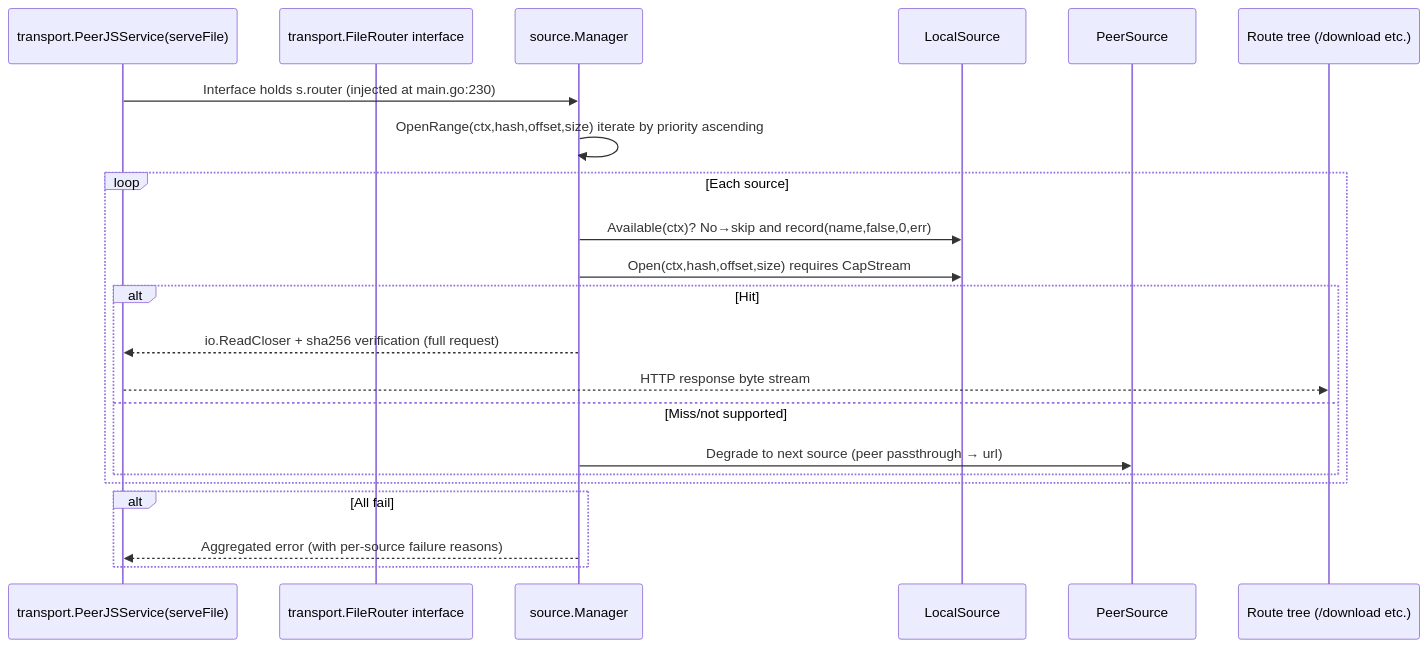
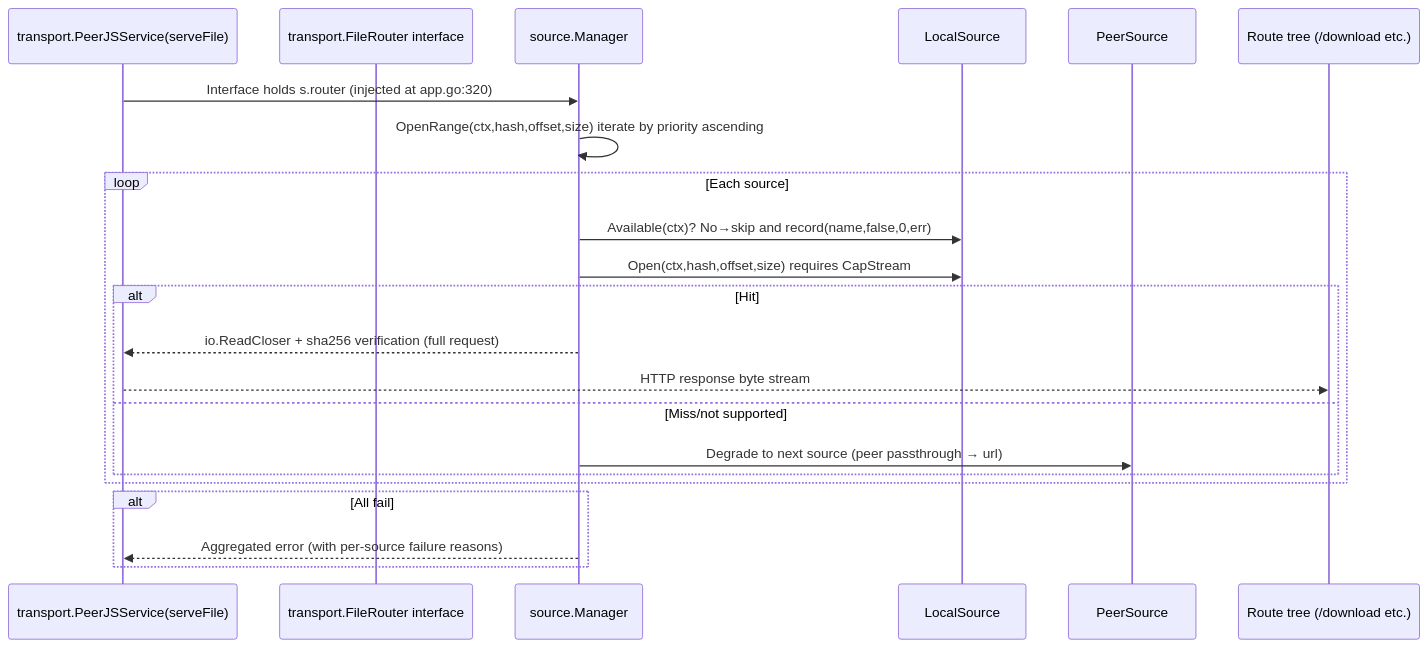
One commit to Hana-ame/peerdrive changed the diagram in doc/design/connections/05-router-source.md. Above: the diagram before and after it, drawn with Mermaid. The commit also changed other lines of this file and 8 other files, not shown here.

````diff
--- a/doc/design/connections/05-router-source.md
+++ b/doc/design/connections/05-router-source.md
@@ -67,25 +67,25 @@
 ```mermaid
 sequenceDiagram
   participant T as transport.PeerJSService(serveFile)
   participant F as transport.FileRouter interface
   participant M as source.Manager
   participant L as LocalSource
   participant P as PeerSource
   participant H as Route tree (/download etc.)
 
-  T->>M: Interface holds s.router (injected at main.go:230)
+  T->>M: Interface holds s.router (injected at app.go:320)
   M->>M: OpenRange(ctx,hash,offset,size) iterate by priority ascending
   loop Each source
     M->>L: Available(ctx)? No→skip and record(name,false,0,err)
     M->>L: Open(ctx,hash,offset,size)  requires CapStream
     alt Hit
       M-->>T: io.ReadCloser + sha256 verification (full request)
       T-->>H: HTTP response byte stream
     else Miss/not supported
       M->>P: Degrade to next source (peer passthrough → url)
     end
   end
   alt All fail
     M-->>T: Aggregated error (with per-source failure reasons)
   end
 ```
````
